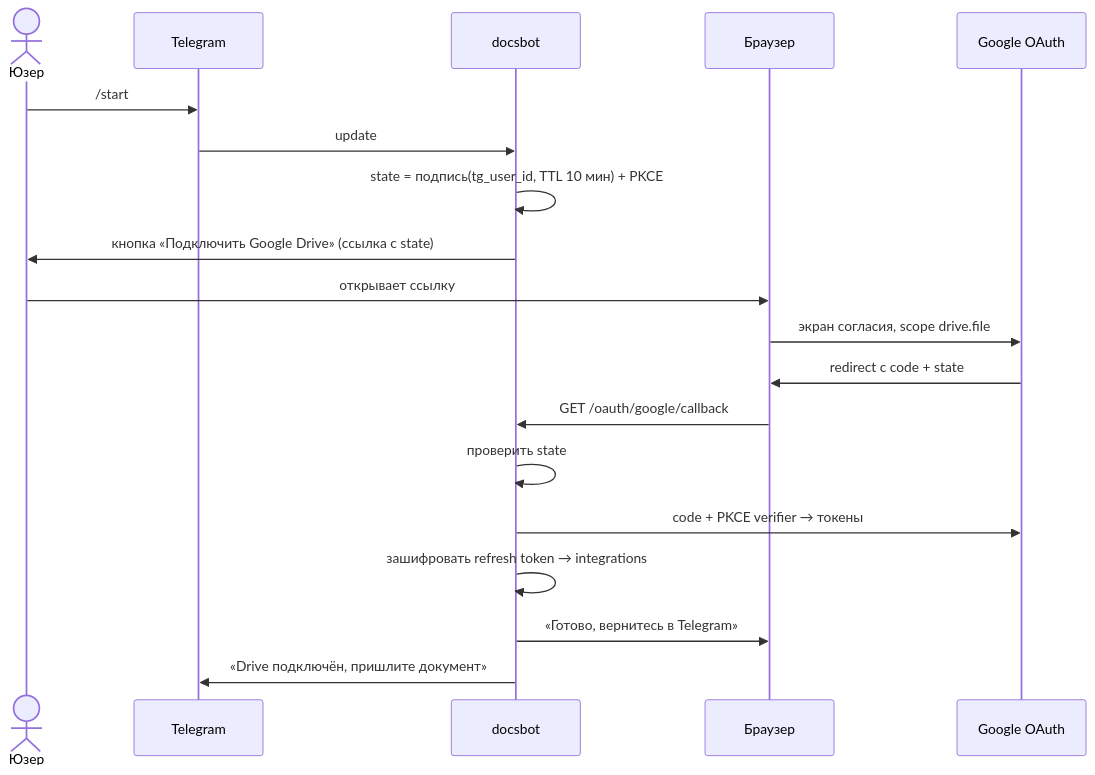
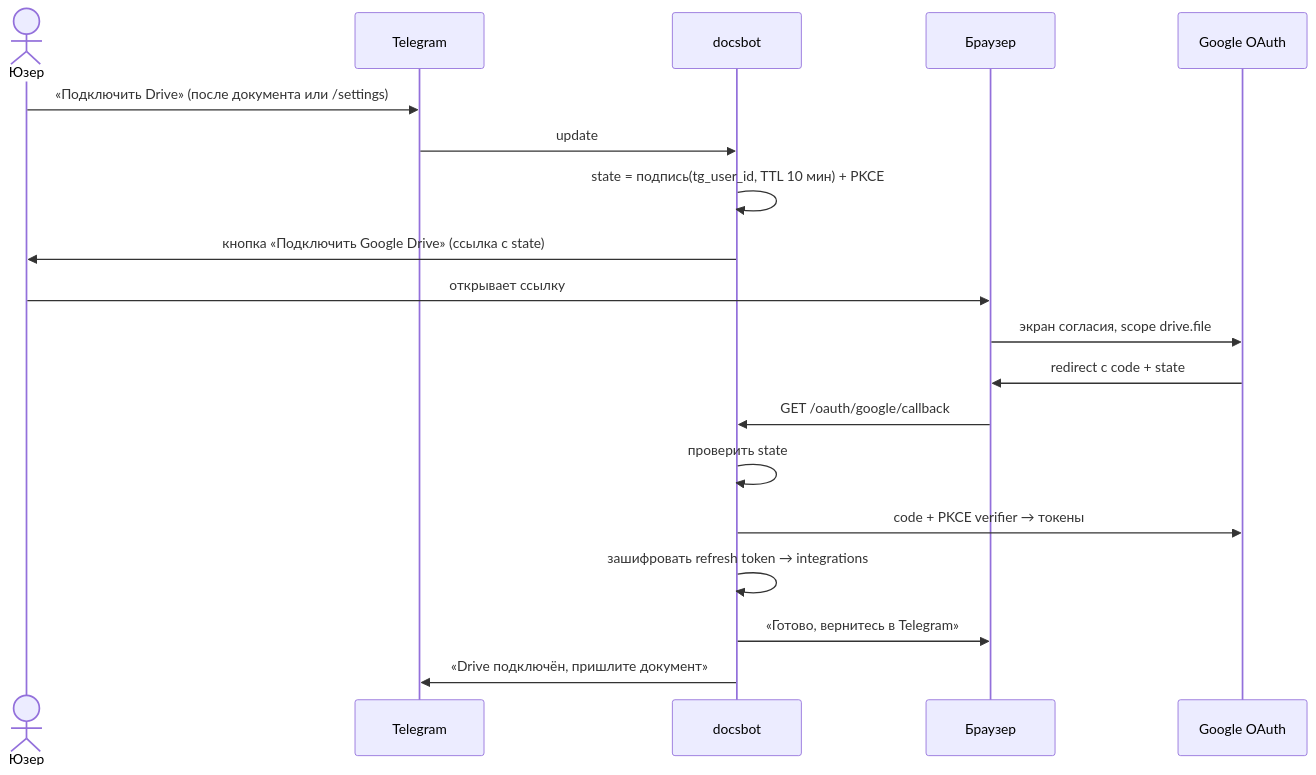
Before and after one commit to alexe0110/most-app: the second of 3 diagrams in docs/architecture.md, drawn with Mermaid. The commit also changed other lines of this file and 4 other files, not shown here.

````diff
--- a/docs/architecture.md
+++ b/docs/architecture.md
@@ -53,22 +53,22 @@
 ```mermaid
 sequenceDiagram
     actor U as Юзер
     participant T as Telegram
     participant S as docsbot
     participant B as Браузер
     participant G as Google OAuth
 
-    U->>T: /start
+    U->>T: «Подключить Drive» (после документа или /settings)
     T->>S: update
     S->>S: state = подпись(tg_user_id, TTL 10 мин) + PKCE
     S->>U: кнопка «Подключить Google Drive» (ссылка с state)
     U->>B: открывает ссылку
     B->>G: экран согласия, scope drive.file
     G->>B: redirect с code + state
     B->>S: GET /oauth/google/callback
     S->>S: проверить state
     S->>G: code + PKCE verifier → токены
     S->>S: зашифровать refresh token → integrations
     S->>B: «Готово, вернитесь в Telegram»
     S->>T: «Drive подключён, пришлите документ»
 ```
````
